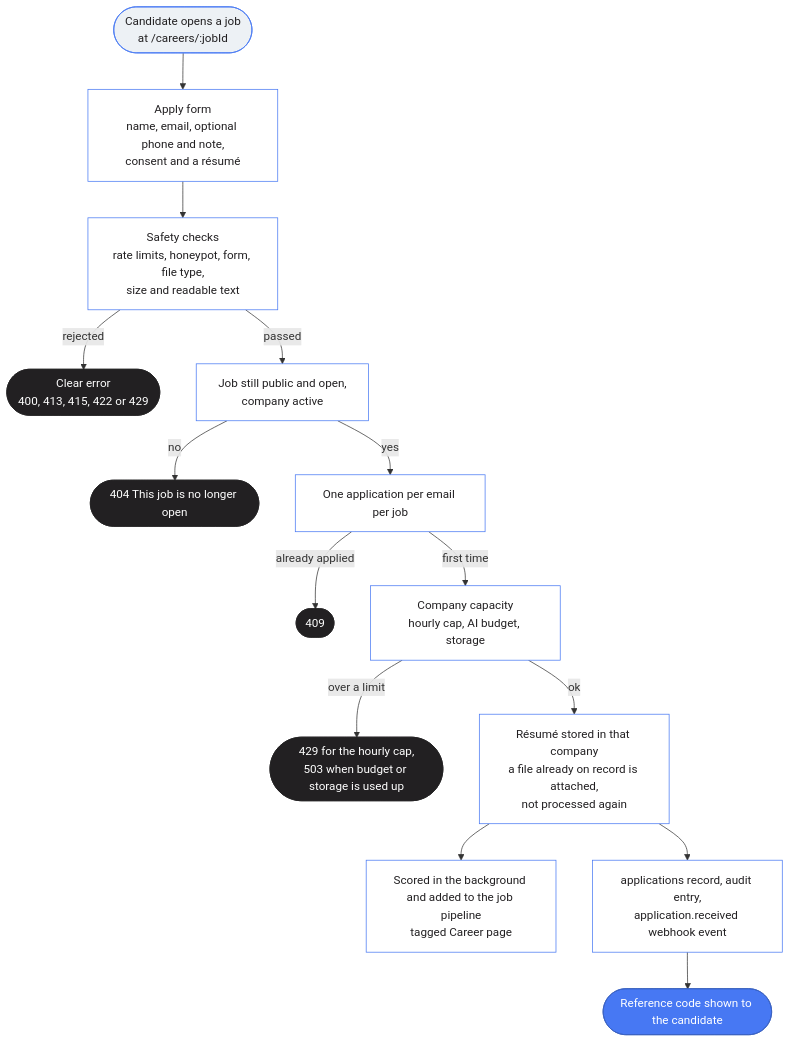
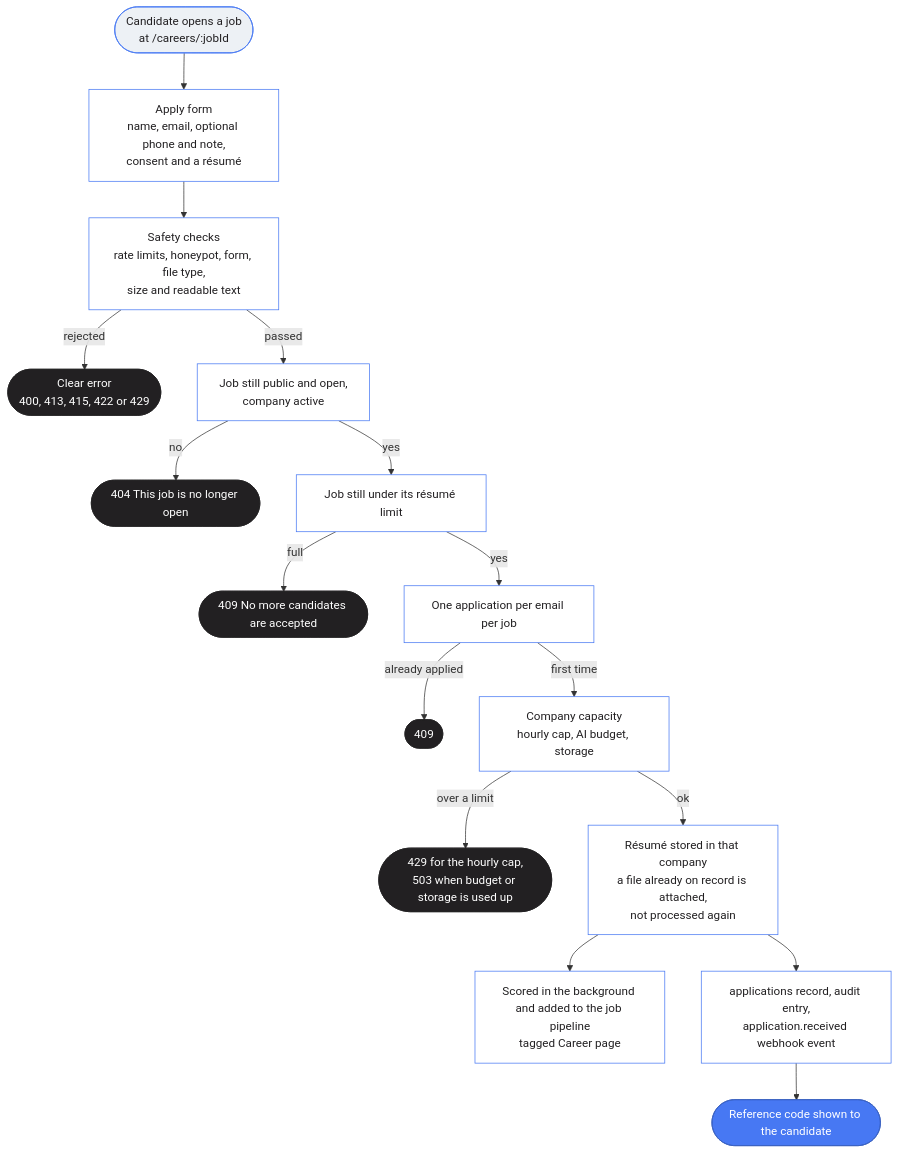
Before and after one commit to sufiinamulhassan/AI-HR-Automation-System: the fourth of 6 diagrams in README.md, drawn with Mermaid. The commit also changed other lines of this file and 104 other files, not shown here.

````diff
--- a/README.md
+++ b/README.md
@@ -509,25 +514,27 @@
 ```mermaid
 flowchart TD
     A(["Candidate opens a job<br/>at /careers/:jobId"]) --> B["Apply form<br/>name, email, optional phone and note,<br/>consent and a résumé"]
     B --> C["Safety checks<br/>rate limits, honeypot, form, file type,<br/>size and readable text"]
     C -->|rejected| X(["Clear error<br/>400, 413, 415, 422 or 429"])
     C -->|passed| D["Job still public and open,<br/>company active"]
     D -->|no| Y(["404 This job is no longer open"])
-    D -->|yes| E["One application per email per job"]
+    D -->|yes| L["Job still under its résumé limit"]
+    L -->|full| V(["409 No more candidates are accepted"])
+    L -->|yes| E["One application per email per job"]
     E -->|already applied| Z(["409"])
     E -->|first time| F["Company capacity<br/>hourly cap, AI budget, storage"]
     F -->|over a limit| W(["429 for the hourly cap,<br/>503 when budget or storage is used up"])
     F -->|ok| G["Résumé stored in that company<br/>a file already on record is attached,<br/>not processed again"]
     G --> H["Scored in the background and added to the job pipeline<br/>tagged Career page"]
     G --> I["applications record, audit entry,<br/>application.received webhook event"]
     I --> J(["Reference code shown to the candidate"])
 
     classDef start fill:#edf1f5,stroke:#4778f3,color:#222022
     classDef step fill:#ffffff,stroke:#4778f3,color:#222022
     classDef stop fill:#222022,stroke:#222022,color:#ffffff
     classDef done fill:#4778f3,stroke:#385fc0,color:#ffffff
     class A start
-    class B,C,D,E,F,G,H,I step
-    class X,Y,Z,W stop
+    class B,C,D,L,E,F,G,H,I step
+    class X,Y,Z,W,V stop
     class J done
 ```
````
